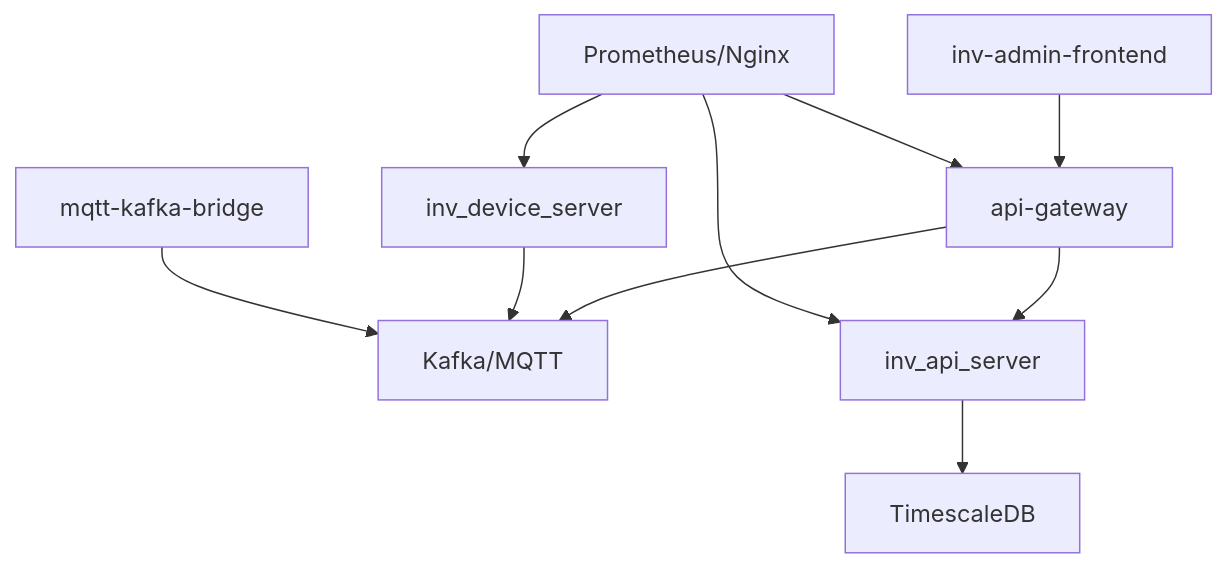
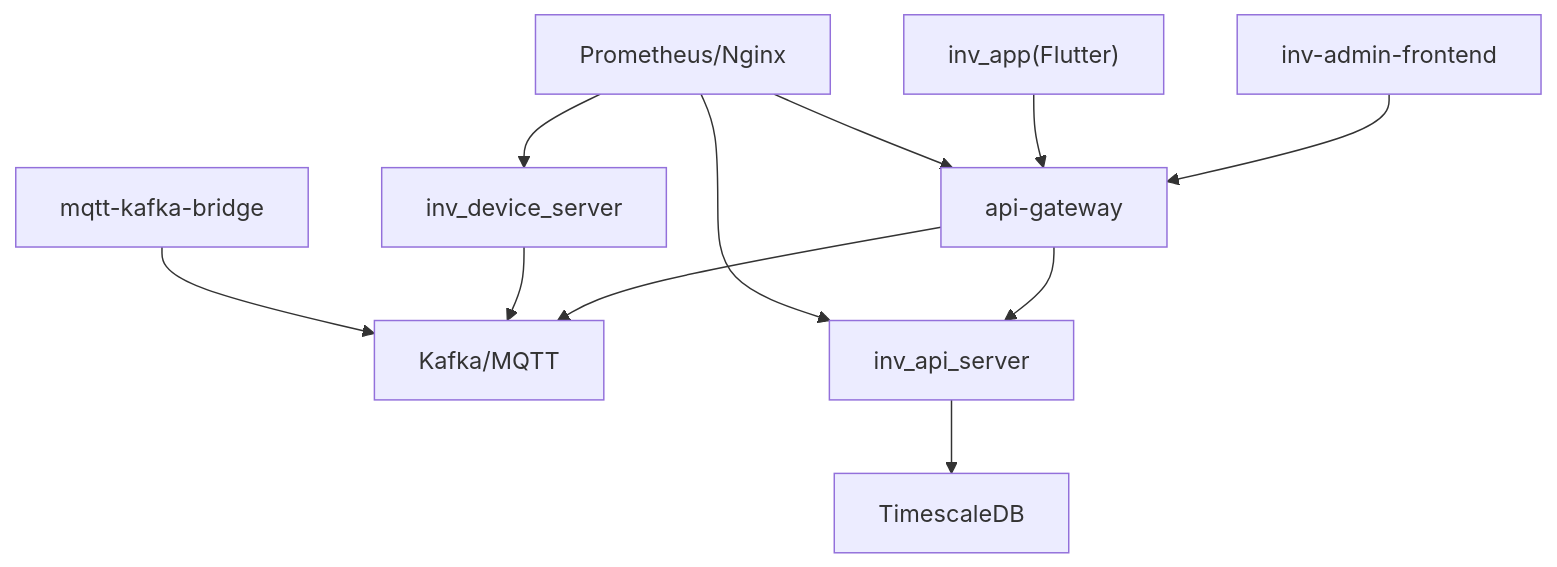
The eighth of 8 diagrams in .qoder/repowiki/zh/content/部署与运维/CI_CD流水线.md (mcmrzy/cs_inv_monitor-develop), drawn with Mermaid before and after one commit. The commit also changed other lines of this file and 88 other files, not shown here.

````diff
--- a/.qoder/repowiki/zh/content/部署与运维/CI_CD流水线.md
+++ b/.qoder/repowiki/zh/content/部署与运维/CI_CD流水线.md
@@ -323,12 +398,13 @@
 ```mermaid
 graph TB
 GW["api-gateway"] --> MQ["Kafka/MQTT"]
 GW --> API["inv_api_server"]
 API --> DB["TimescaleDB"]
 DEV["inv_device_server"] --> MQ
 BRG["mqtt-kafka-bridge"] --> MQ
 FE["inv-admin-frontend"] --> GW
+FL["inv_app(Flutter)"] --> GW
 MON["Prometheus/Nginx"] --> GW
 MON --> API
 MON --> DEV
 ```
````
